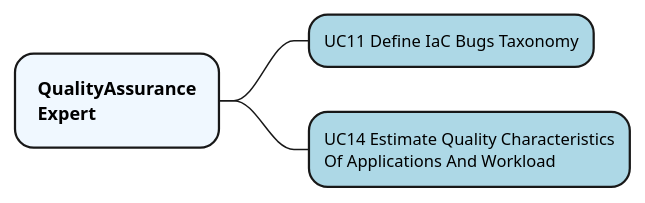
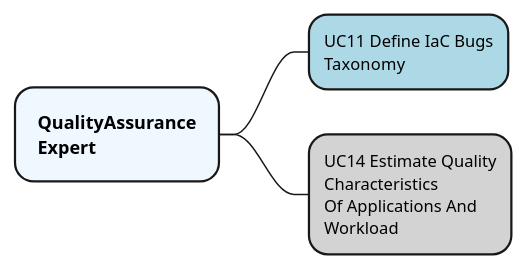
The diagram in uml/mind-maps/EAB/MM-QAExpert.puml (SODALITE-EU/project-wide-documentation), drawn with PlantUML before and after one commit. The commit also changed 1 other file, not shown here.

```diff
--- a/uml/mind-maps/EAB/MM-QAExpert.puml
+++ b/uml/mind-maps/EAB/MM-QAExpert.puml
@@ -1,30 +1,35 @@
 @startmindmap QAExpertUCs
 
 <style>
 mindmapDiagram {
   node {
     Padding 15
     Margin 15
     BackGroundColor LightBlue
   }
   rootNode {
     Padding 15
 	Margin 15
     BackGroundColor AliceBlue
 	FontSize 12
   }
   leafNode {
     Padding 10
     BackGroundColor LightBlue
     FontColor Black
     FontSize 11
   }
 }
 </style>
 
 * <b>QualityAssurance</b>\n<b>Expert</b>
-** UC11 Define IaC Bugs Taxonomy
-** UC14 Estimate Quality Characteristics\nOf Applications And Workload
+** UC11 Define IaC Bugs\nTaxonomy
+<style>
+  node {
+	BackGroundColor LightGrey
+  }
+</style>
+** UC14 Estimate Quality\nCharacteristics\nOf Applications And\nWorkload
 
 
 @endmindmap
```
